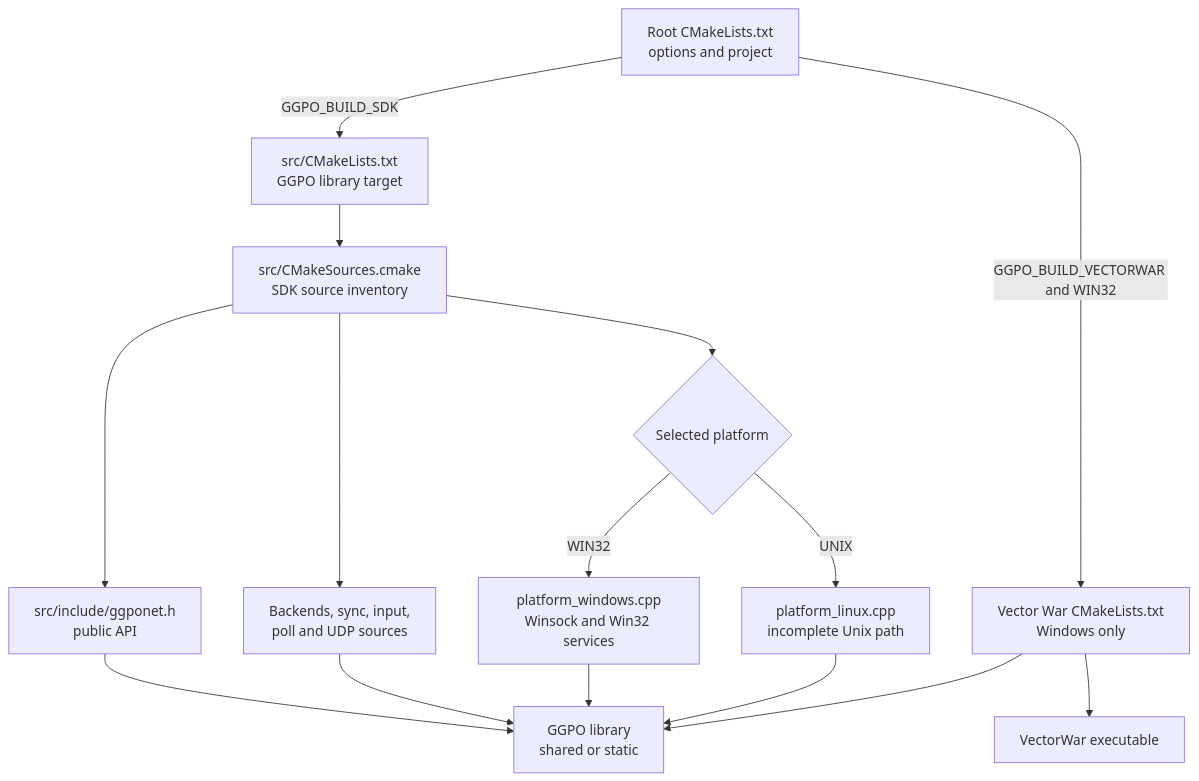
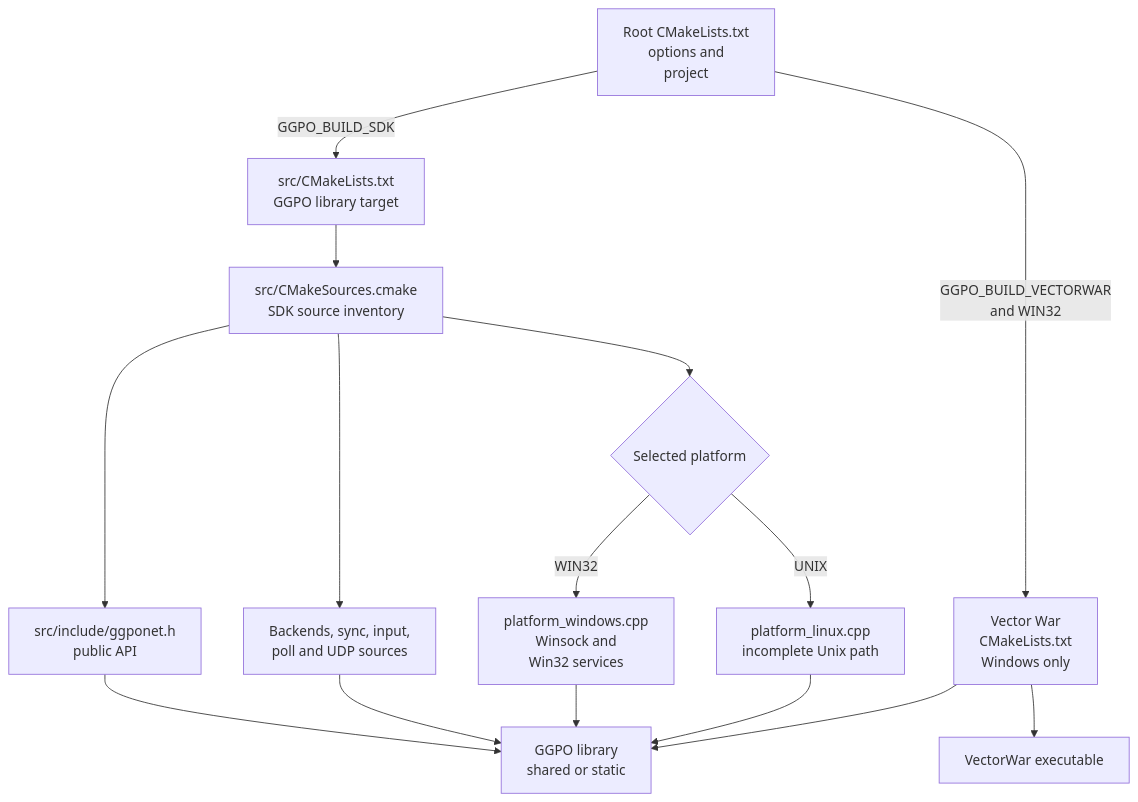
The diagram in doc/architecture/Build.md (irregularthanis/ggpo-next), drawn with Mermaid before and after one commit. The commit also changed 9 other files, not shown here.

Commit message:
docs: wrap Mermaid diagram labels

````diff
--- a/doc/architecture/Build.md
+++ b/doc/architecture/Build.md
@@ -27,29 +27,29 @@
 ```mermaid
 flowchart TD
-    Root["Root CMakeLists.txt<br/>options and project"]
+    Root["Root CMakeLists.txt<br/>options and<br/>project"]
     SDKList["src/CMakeLists.txt<br/>GGPO library target"]
     Sources["src/CMakeSources.cmake<br/>SDK source inventory"]
     Public["src/include/ggponet.h<br/>public API"]
     Core["Backends, sync, input,<br/>poll and UDP sources"]
     Platform{"Selected platform"}
-    Windows["platform_windows.cpp<br/>Winsock and Win32 services"]
+    Windows["platform_windows.cpp<br/>Winsock and<br/>Win32 services"]
     Unix["platform_linux.cpp<br/>incomplete Unix path"]
     Library["GGPO library<br/>shared or static"]
-    SampleList["Vector War CMakeLists.txt<br/>Windows only"]
+    SampleList["Vector War<br/>CMakeLists.txt<br/>Windows only"]
     Sample["VectorWar executable"]
 
     Root -->|"GGPO_BUILD_SDK"| SDKList
     SDKList --> Sources
     Sources --> Public
     Sources --> Core
     Sources --> Platform
     Platform -->|"WIN32"| Windows
     Platform -->|"UNIX"| Unix
     Public --> Library
     Core --> Library
     Windows --> Library
     Unix --> Library
-    Root -->|"GGPO_BUILD_VECTORWAR and WIN32"| SampleList
+    Root -->|"GGPO_BUILD_VECTORWAR<br/>and WIN32"| SampleList
     SampleList --> Library
     SampleList --> Sample
 ```
````
